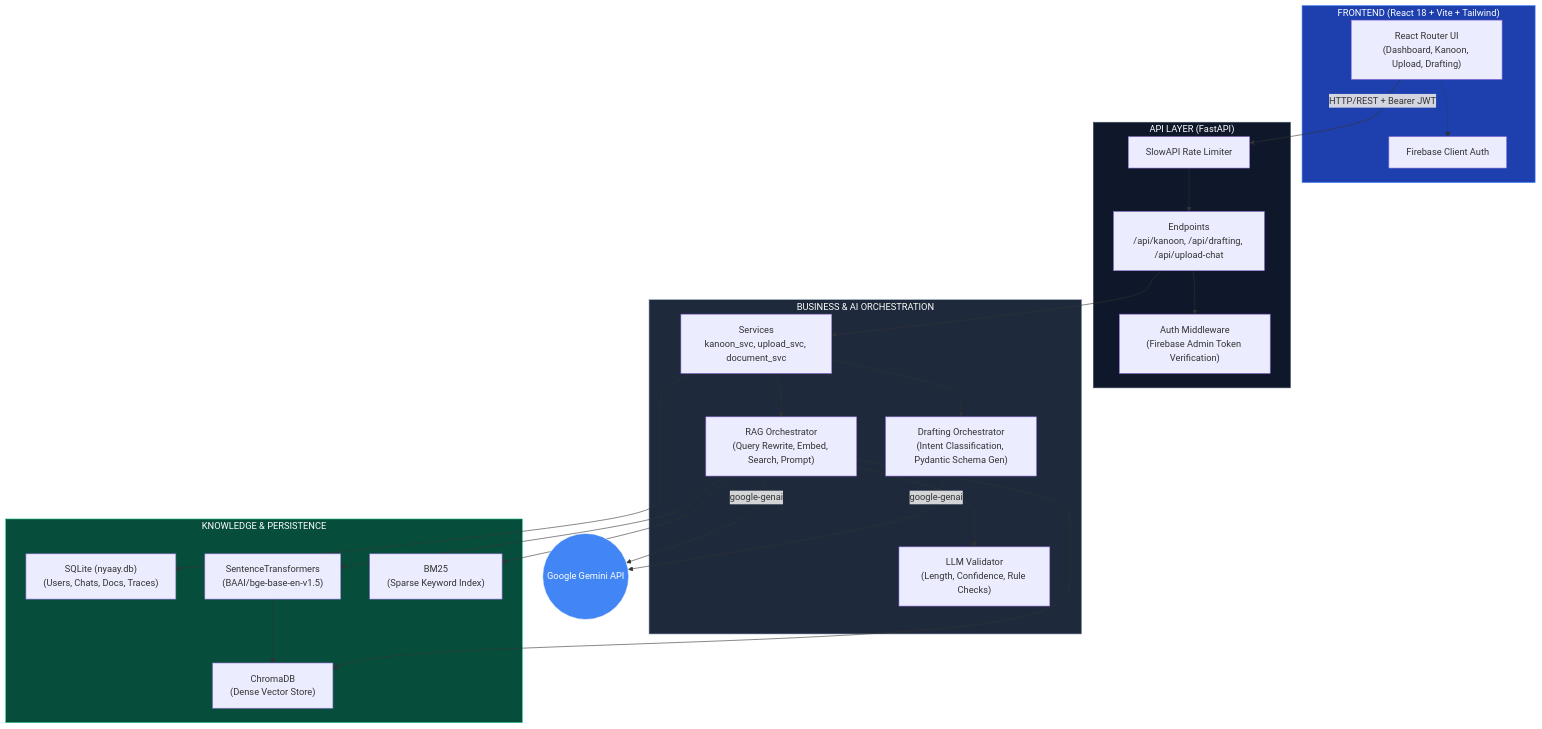
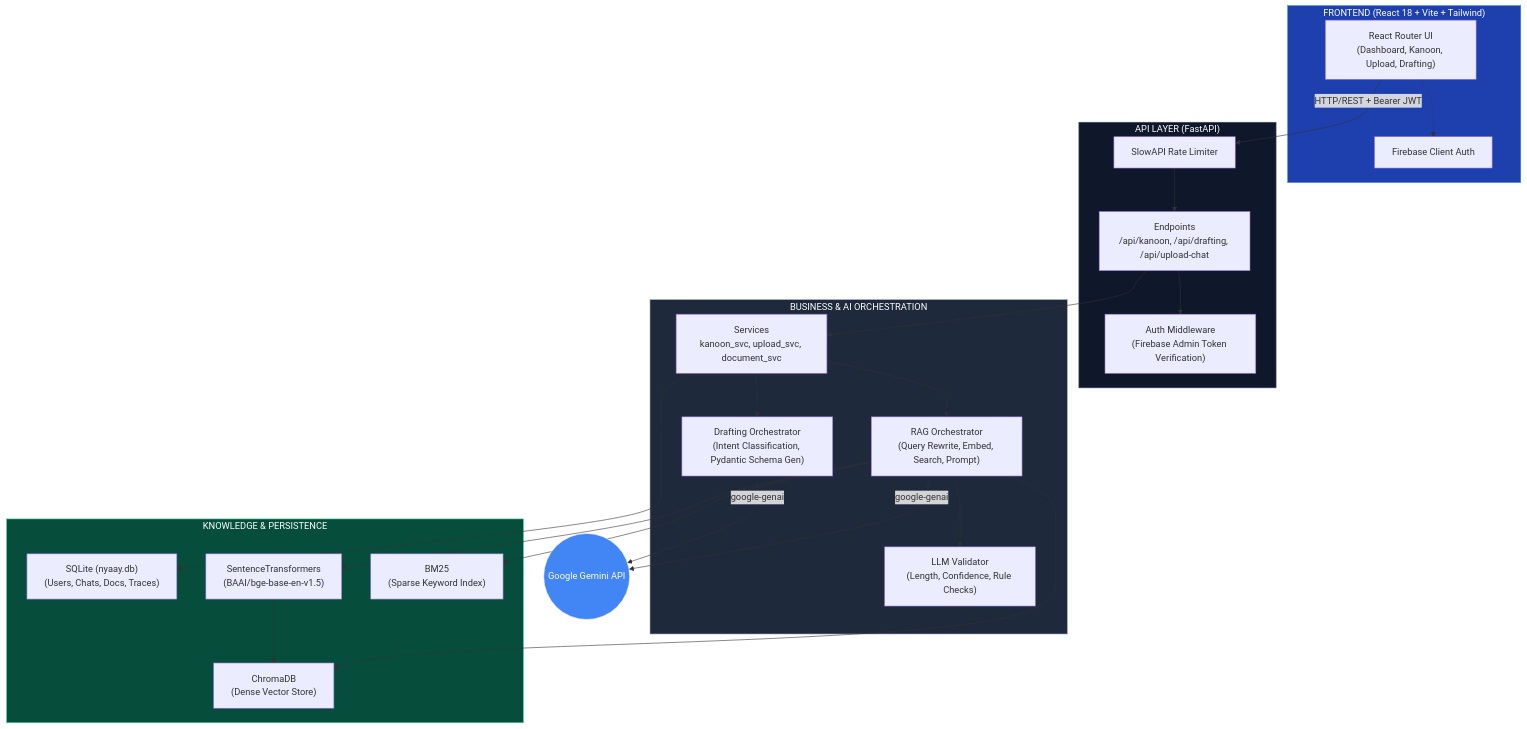
One commit to AnshDarji/OOSC_4.0-AI_SLAYERS changed the first of 2 diagrams in README.md. Above: the diagram before and after it, drawn with Mermaid.

Commit message:
Restructure architecture diagram to enforce strict top-down layout

````diff
--- a/README.md
+++ b/README.md
@@ -36,58 +36,56 @@
 ```mermaid
 flowchart TD
-    %% Frontend
+    %% Define the primary flow top-down
+    UI["React Router UI<br/>(Dashboard, Kanoon, Upload, Drafting)"] -.-> FAuth["Firebase Client Auth"]
+    UI -- "HTTP/REST + Bearer JWT" --> RateLimit["SlowAPI Rate Limiter"]
+    
+    RateLimit --> Routes["Endpoints<br/>/api/kanoon, /api/drafting, /api/upload-chat"]
+    Routes --> Middleware["Auth Middleware<br/>(Firebase Admin Token Verification)"]
+    Routes --> Services["Services<br/>kanoon_svc, upload_svc, document_svc"]
+    
+    Services --> RAGOrch["RAG Orchestrator<br/>(Query Rewrite, Embed, Search, Prompt)"]
+    Services --> DraftOrch["Drafting Orchestrator<br/>(Intent Classification, Pydantic Schema Gen)"]
+    Services --> SQLite["SQLite (nyaay.db)<br/>(Users, Chats, Docs, Traces)"]
+    
+    RAGOrch --> Validator["LLM Validator<br/>(Length, Confidence, Rule Checks)"]
+    RAGOrch --> Embedder["SentenceTransformers<br/>(BAAI/bge-base-en-v1.5)"]
+    RAGOrch --> Chroma["ChromaDB<br/>(Dense Vector Store)"]
+    RAGOrch --> BM25["BM25<br/>(Sparse Keyword Index)"]
+    
+    Embedder --> Chroma
+    
+    RAGOrch -- "google-genai" --> Gemini((Google Gemini API))
+    DraftOrch -- "google-genai" --> Gemini
+
+    %% Group them into Subgraphs afterward
     subgraph Frontend ["FRONTEND (React 18 + Vite + Tailwind)"]
-        UI["React Router UI<br/>(Dashboard, Kanoon, Upload, Drafting)"]
-        FAuth["Firebase Client Auth"]
-        UI -.-> FAuth
+        UI
+        FAuth
     end
 
-    %% API Layer
     subgraph APILayer ["API LAYER (FastAPI)"]
-        RateLimit["SlowAPI Rate Limiter"]
-        Routes["Endpoints<br/>/api/kanoon, /api/drafting, /api/upload-chat"]
-        Middleware["Auth Middleware<br/>(Firebase Admin Token Verification)"]
-        RateLimit --> Routes
-        Routes --> Middleware
+        RateLimit
+        Routes
+        Middleware
     end
 
-    %% Services & Orchestration
     subgraph Orchestration ["BUSINESS & AI ORCHESTRATION"]
-        Services["Services<br/>kanoon_svc, upload_svc, document_svc"]
-        RAGOrch["RAG Orchestrator<br/>(Query Rewrite, Embed, Search, Prompt)"]
-        DraftOrch["Drafting Orchestrator<br/>(Intent Classification, Pydantic Schema Gen)"]
-        Validator["LLM Validator<br/>(Length, Confidence, Rule Checks)"]
-        Services --> RAGOrch
-        Services --> DraftOrch
-        RAGOrch --> Validator
+        Services
+        RAGOrch
+        DraftOrch
+        Validator
     end
 
-    %% Retrieval & Data
     subgraph DataLayer ["KNOWLEDGE & PERSISTENCE"]
-        SQLite["SQLite (nyaay.db)<br/>(Users, Chats, Docs, Traces)"]
-        Embedder["SentenceTransformers<br/>(BAAI/bge-base-en-v1.5)"]
-        Chroma["ChromaDB<br/>(Dense Vector Store)"]
-        BM25["BM25<br/>(Sparse Keyword Index)"]
-        Embedder --> Chroma
+        SQLite
+        Embedder
+        Chroma
+        BM25
     end
-
-    Gemini((Google Gemini API))
-
-    %% Cross-subgraph connections
-    UI -- "HTTP/REST + Bearer JWT" --> RateLimit
-    Routes --> Services
-    
-    RAGOrch --> Embedder
-    RAGOrch --> Chroma
-    RAGOrch --> BM25
-    Services --> SQLite
-    
-    RAGOrch -- "google-genai" --> Gemini
-    DraftOrch -- "google-genai" --> Gemini
 
     style Frontend fill:#1e40af,color:#fff,stroke:#3b82f6
     style APILayer fill:#0f172a,color:#fff,stroke:#475569
     style Orchestration fill:#1e293b,color:#fff,stroke:#94a3b8
     style DataLayer fill:#064e3b,color:#fff,stroke:#34d399
     style Gemini fill:#4285F4,color:#fff,stroke:#fff
 ```
````
